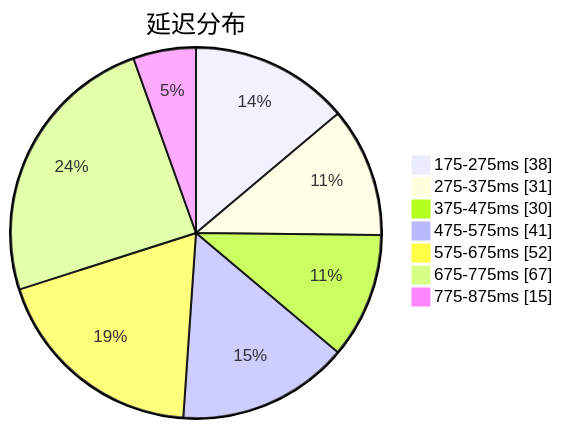
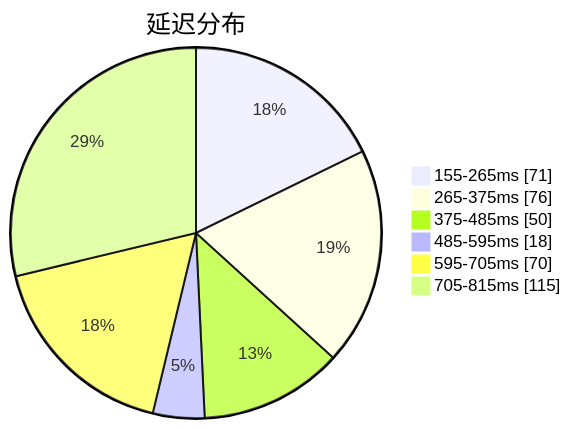
One commit to qjlxg/airport changed the first of 3 diagrams in subs/statistics/tested_within.md. Above: the diagram before and after it, drawn with Mermaid. The commit also changed other lines of this file and 2 other files, not shown here.

Commit message:
Tested by metaST

````diff
--- a/subs/statistics/tested_within.md
+++ b/subs/statistics/tested_within.md
@@ -2,11 +2,10 @@
 ```mermaid
 pie showData
 title 延迟分布
-"175-275ms" : 38
-"275-375ms" : 31
-"375-475ms" : 30
-"475-575ms" : 41
-"575-675ms" : 52
-"675-775ms" : 67
-"775-875ms" : 15
+"155-265ms" : 71
+"265-375ms" : 76
+"375-485ms" : 50
+"485-595ms" : 18
+"595-705ms" : 70
+"705-815ms" : 115
 ```
````
